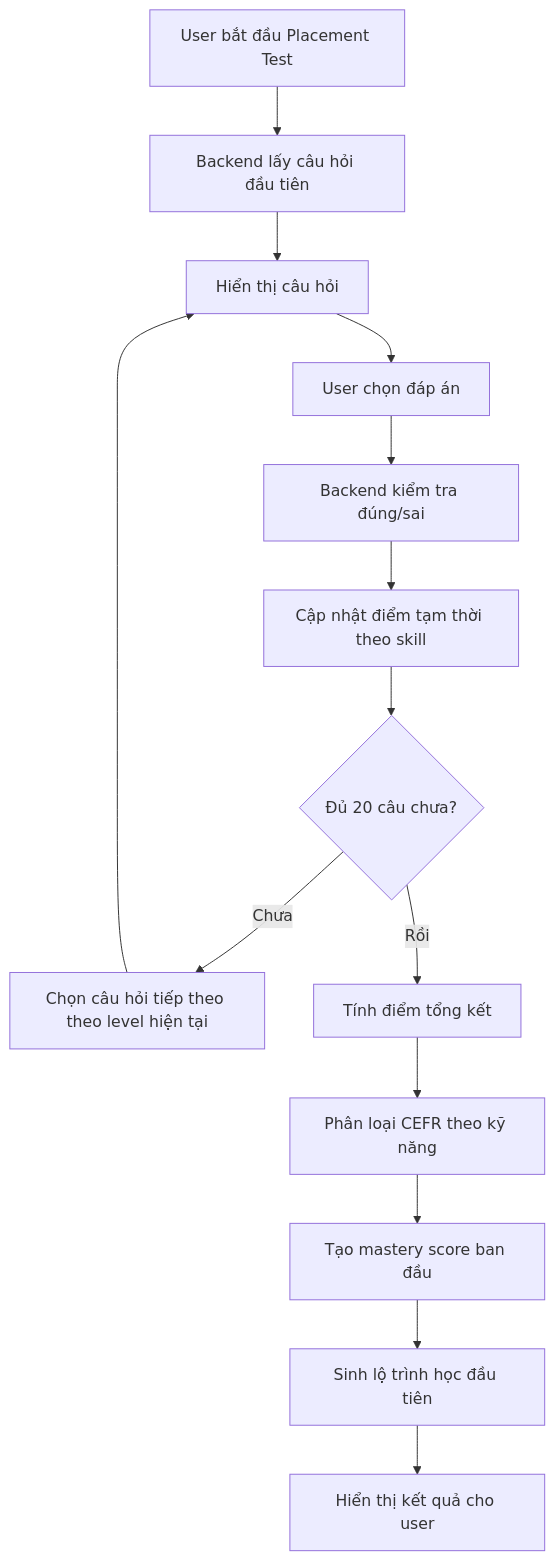
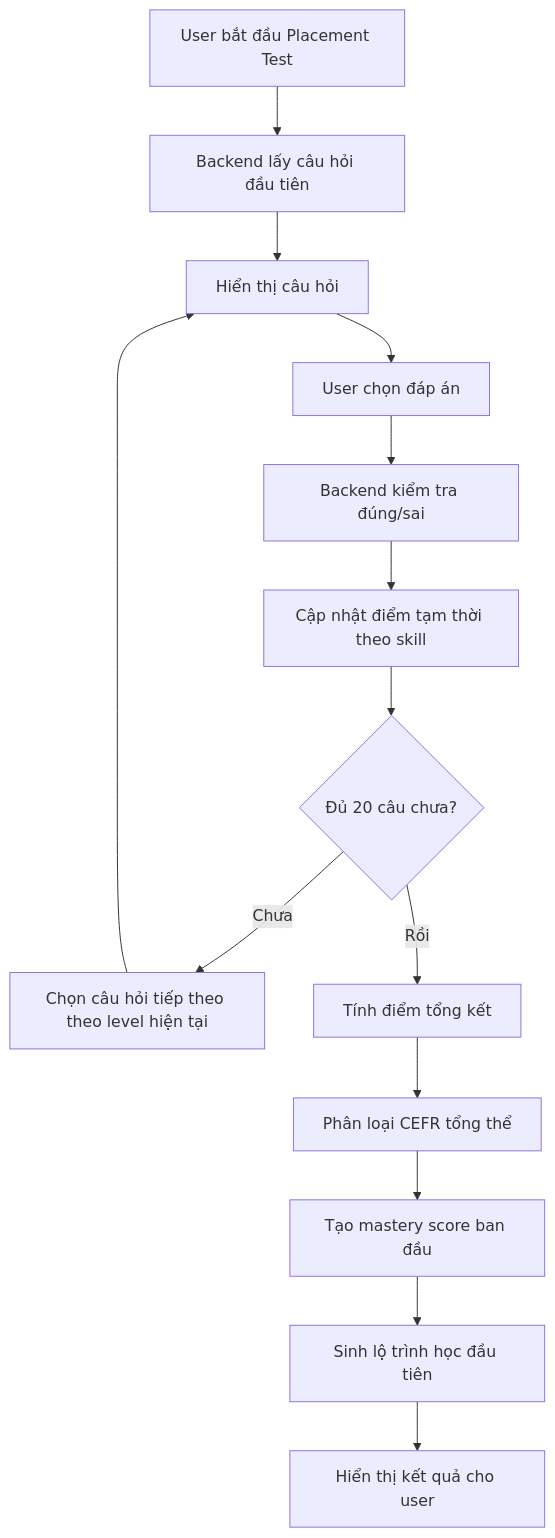
Before and after one commit to Anroiy123/LingoRoad: the third of 14 diagrams in MVP_architecture.md, drawn with Mermaid. The commit also changed other lines of this file and 16 other files, not shown here.

````diff
--- a/MVP_architecture.md
+++ b/MVP_architecture.md
@@ -168,16 +191,16 @@
 ```mermaid
 flowchart TD
     A[User bắt đầu Placement Test] --> B[Backend lấy câu hỏi đầu tiên]
     B --> C[Hiển thị câu hỏi]
     C --> D[User chọn đáp án]
     D --> E[Backend kiểm tra đúng/sai]
     E --> F[Cập nhật điểm tạm thời theo skill]
     F --> G{Đủ 20 câu chưa?}
     G -->|Chưa| H[Chọn câu hỏi tiếp theo theo level hiện tại]
     H --> C
     G -->|Rồi| I[Tính điểm tổng kết]
-    I --> J[Phân loại CEFR theo kỹ năng]
+    I --> J[Phân loại CEFR tổng thể]
     J --> K[Tạo mastery score ban đầu]
     K --> L[Sinh lộ trình học đầu tiên]
     L --> M[Hiển thị kết quả cho user]
 ```
````
